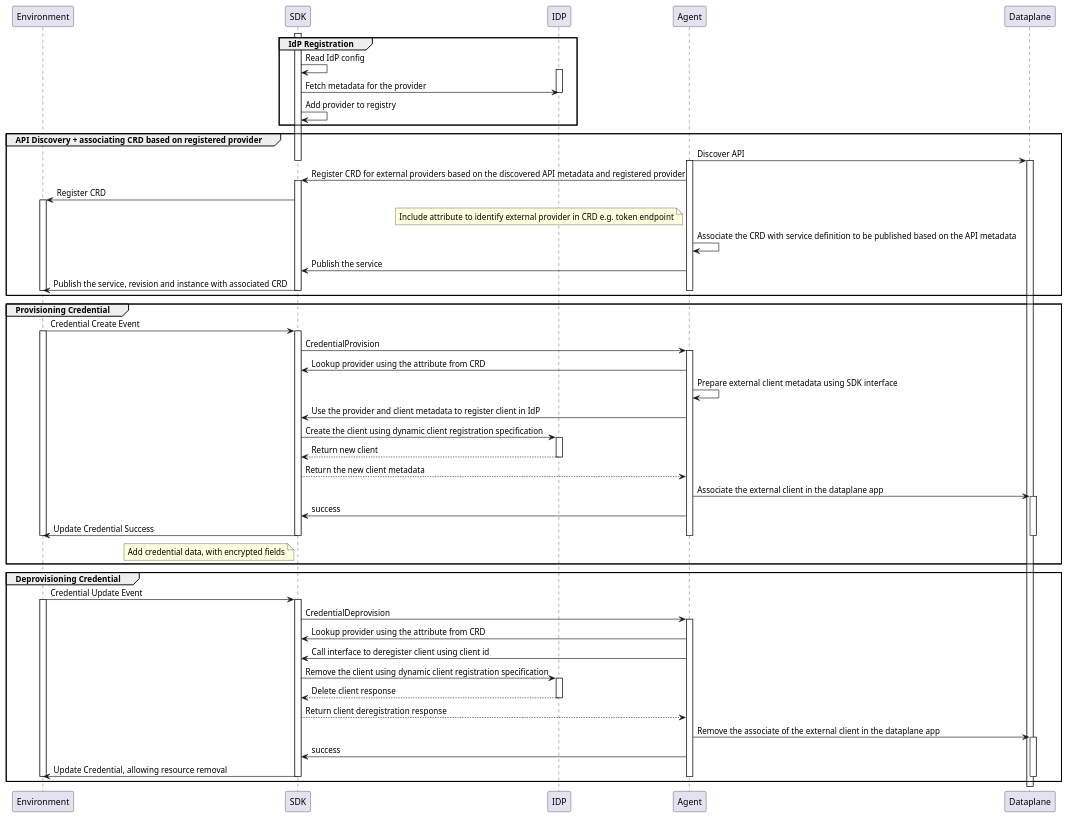
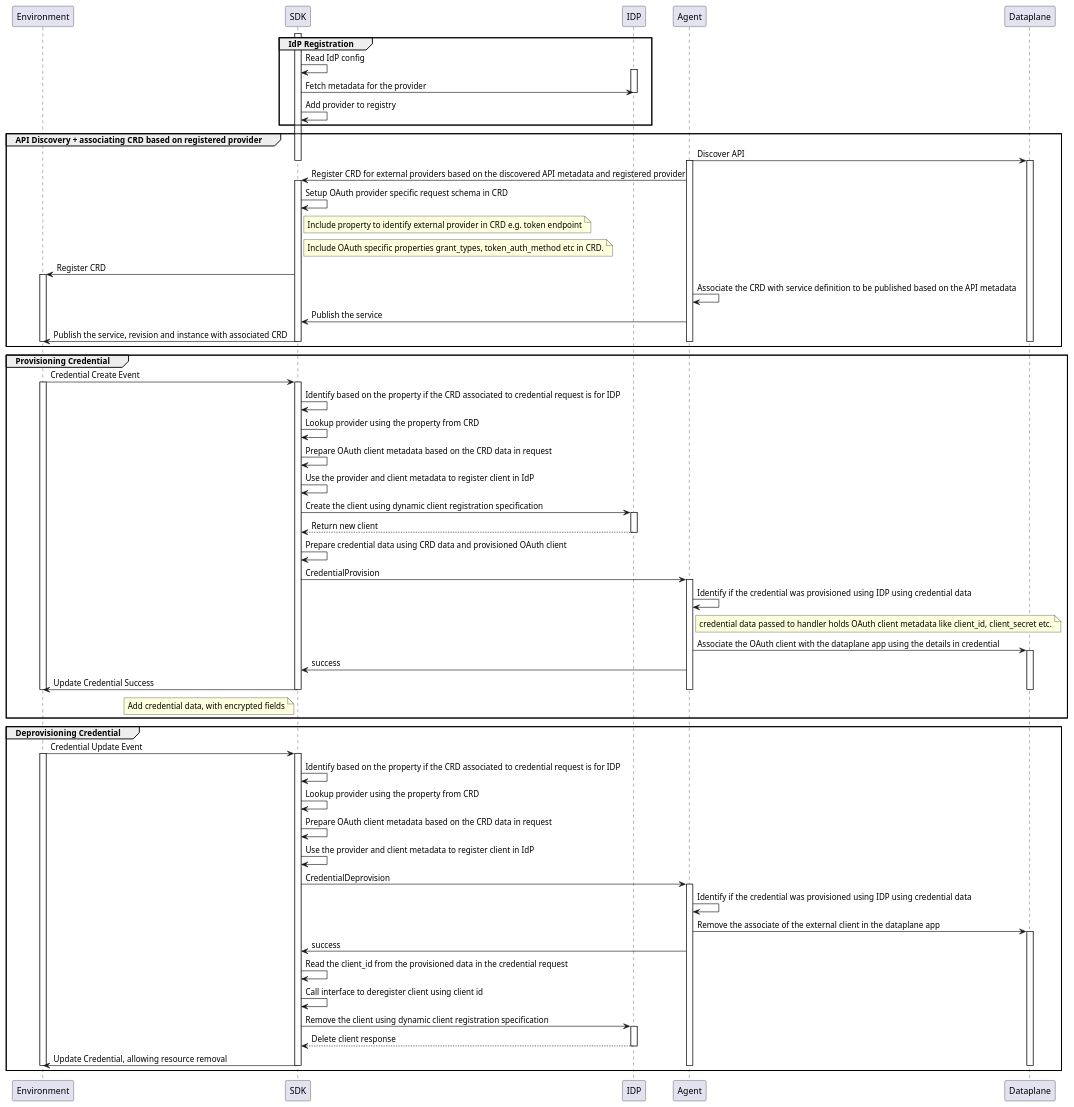
The diagram in docs/discovery/externalcredential.puml (Axway/agent-sdk), drawn with PlantUML before and after one commit. The commit also changed 4 other files, not shown here.

Commit message:
APIGOV-22558 - Updated documentation for IDP credential provisioning

```diff
--- a/docs/discovery/externalcredential.puml
+++ b/docs/discovery/externalcredential.puml
@@ -1,101 +1,110 @@
 @startuml
 participant Environment as env
 participant SDK as sdk 
 participant IDP as idp 
 participant Agent as agent
 participant Dataplane as dataplane
 
 group IdP Registration
 'Register IdP provider
 activate sdk
 sdk -> sdk: Read IdP config
 
 activate idp
 sdk -> idp: Fetch metadata for the provider
 deactivate idp
 sdk -> sdk: Add provider to registry
 
 end
 
 group API Discovery + associating CRD based on registered provider
 ' Associating Credential Request Definitions with API service instance
 agent -> dataplane: Discover API
 deactivate sdk
 
 activate agent
 activate dataplane
-deactivate dataplane
+
 
 agent -> sdk: Register CRD for external providers based on the discovered API metadata and registered provider
 activate sdk
+sdk -> sdk: Setup OAuth provider specific request schema in CRD
+note right sdk: Include property to identify external provider in CRD e.g. token endpoint
+note right sdk: Include OAuth specific properties grant_types, token_auth_method etc in CRD.
 sdk -> env: Register CRD
 activate env
-note left agent: Include attribute to identify external provider in CRD e.g. token endpoint
 
 
 agent -> agent: Associate the CRD with service definition to be published based on the API metadata
 agent -> sdk: Publish the service
-
 sdk -> env: Publish the service, revision and instance with associated CRD 
 
 deactivate sdk
 deactivate env
 deactivate agent
+deactivate dataplane
 end
 
 group Provisioning Credential 
 'Provision Credential
 env -> sdk: Credential Create Event
 activate env
 activate sdk
-sdk -> agent: CredentialProvision
-activate agent
-agent -> sdk: Lookup provider using the attribute from CRD
-agent -> agent: Prepare external client metadata using SDK interface
-agent -> sdk: Use the provider and client metadata to register client in IdP
+sdk -> sdk: Identify based on the property if the CRD associated to credential request is for IDP
+sdk -> sdk: Lookup provider using the property from CRD
+sdk -> sdk: Prepare OAuth client metadata based on the CRD data in request
+sdk -> sdk: Use the provider and client metadata to register client in IdP
 sdk -> idp: Create the client using dynamic client registration specification
 activate idp
 idp --> sdk: Return new client 
 deactivate idp
+sdk -> sdk: Prepare credential data using CRD data and provisioned OAuth client
+sdk -> agent: CredentialProvision
+activate agent
 
-sdk --> agent: Return the new client metadata
-
-agent -> dataplane: Associate the external client in the dataplane app
+agent -> agent: Identify if the credential was provisioned using IDP using credential data
+note right agent: credential data passed to handler holds OAuth client metadata like client_id, client_secret etc.
+agent -> dataplane: Associate the OAuth client with the dataplane app using the details in credential
 activate dataplane
 agent -> sdk: success
 sdk -> env: Update Credential Success
 note left sdk: Add credential data, with encrypted fields
 
 deactivate agent
 deactivate sdk
 deactivate env
 deactivate dataplane
 end 
 
 group Deprovisioning Credential 
 'Deprovision Credential
 env -> sdk: Credential Update Event
 activate env
 activate sdk
+sdk -> sdk: Identify based on the property if the CRD associated to credential request is for IDP
+sdk -> sdk: Lookup provider using the property from CRD
+sdk -> sdk: Prepare OAuth client metadata based on the CRD data in request
+sdk -> sdk: Use the provider and client metadata to register client in IdP
+
 
 sdk -> agent: CredentialDeprovision
 activate agent
-agent -> sdk: Lookup provider using the attribute from CRD
-agent -> sdk: Call interface to deregister client using client id
+agent -> agent: Identify if the credential was provisioned using IDP using credential data
+agent -> dataplane: Remove the associate of the external client in the dataplane app
+activate dataplane
+agent -> sdk: success
+sdk -> sdk: Read the client_id from the provisioned data in the credential request
+sdk -> sdk: Call interface to deregister client using client id
 sdk -> idp: Remove the client using dynamic client registration specification
 activate idp
 idp --> sdk: Delete client response
 deactivate idp
-sdk --> agent: Return client deregistration response
-agent -> dataplane: Remove the associate of the external client in the dataplane app
-activate dataplane
-agent -> sdk: success
 sdk -> env: Update Credential, allowing resource removal
 
 deactivate agent
 deactivate sdk
 deactivate env
 deactivate dataplane
 end
 
 @enduml
```
